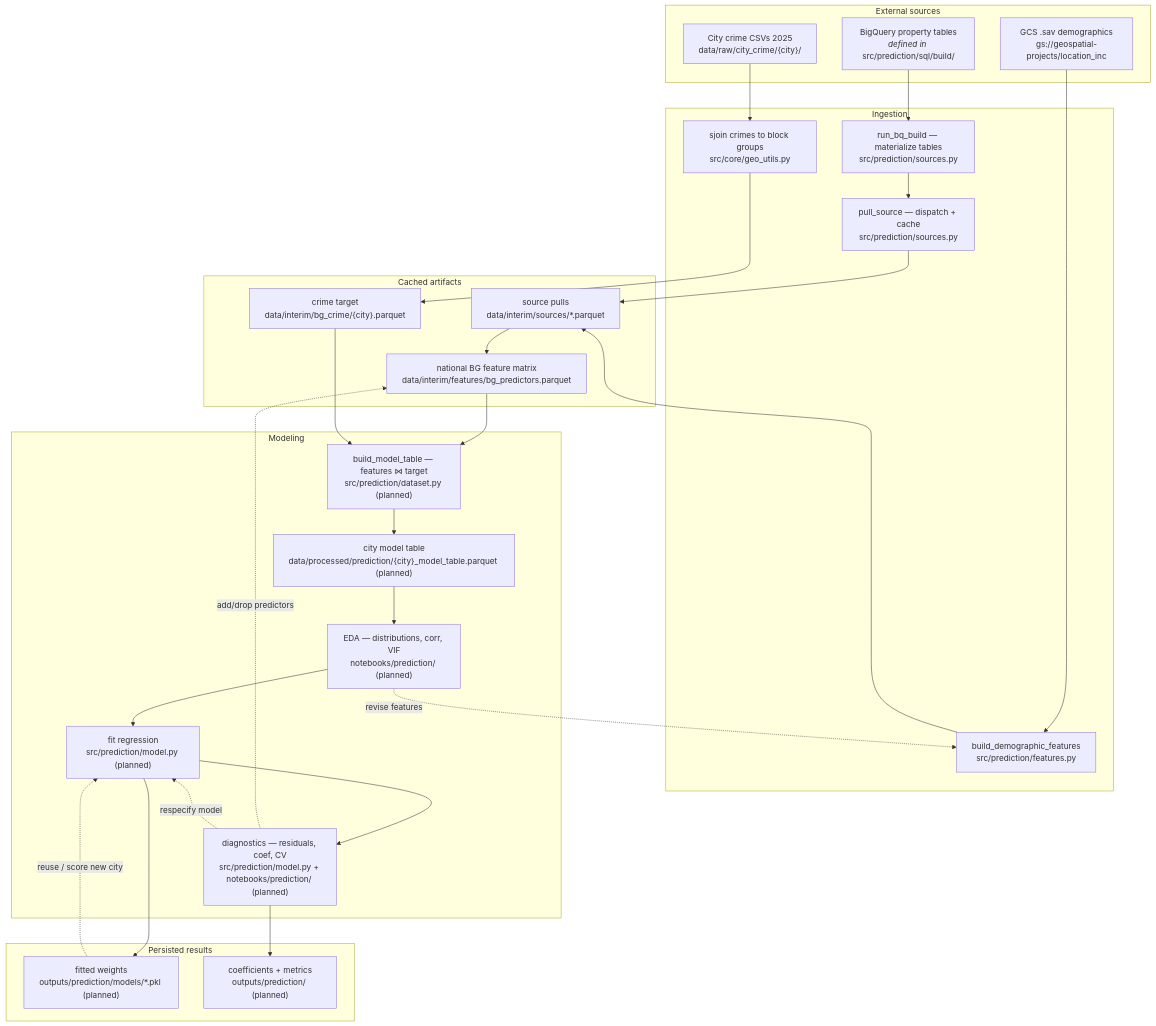
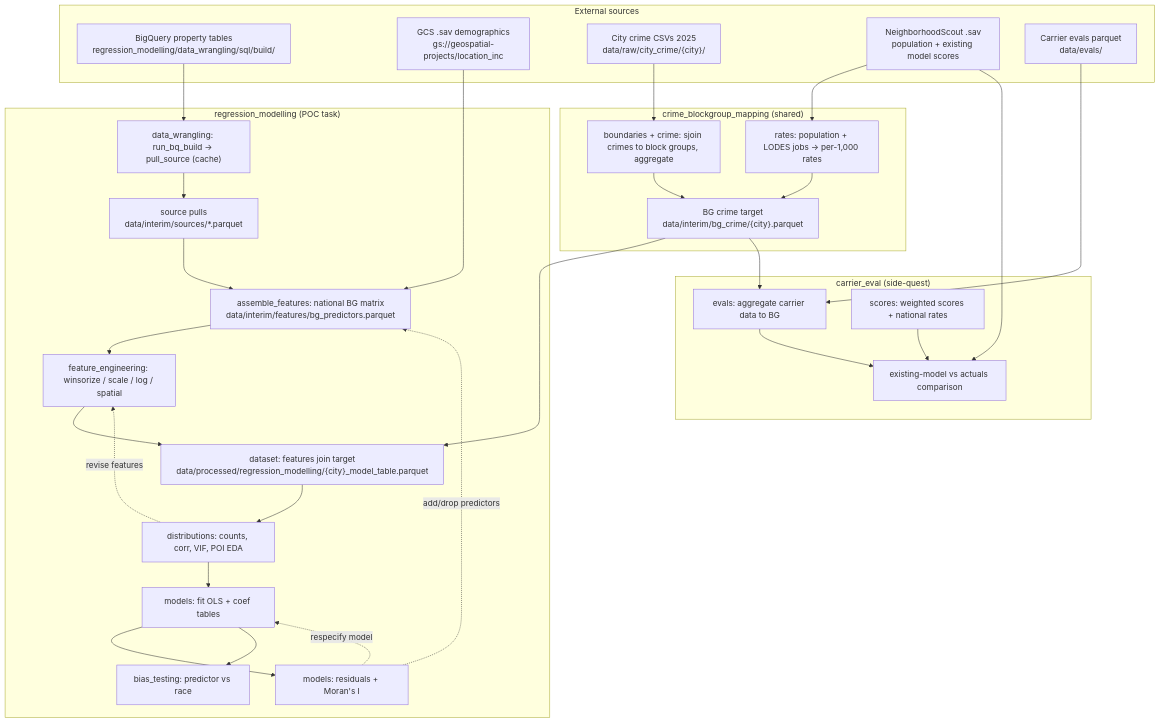
Before and after one commit to eprashar-clgx/crime-idx-2026: the diagram in docs/architecture.md, drawn with Mermaid. The commit also changed other lines of this file and 57 other files, not shown here.

````diff
--- a/docs/architecture.md
+++ b/docs/architecture.md
@@ -27,49 +59,51 @@
 ```mermaid
 flowchart TD
     subgraph SRC["External sources"]
-        BQ["BigQuery property tables<br/><i>defined in</i> src/prediction/sql/build/"]
+        BQ["BigQuery property tables<br/>regression_modelling/data_wrangling/sql/build/"]
         GCS["GCS .sav demographics<br/>gs://geospatial-projects/location_inc"]
         CITY["City crime CSVs 2025<br/>data/raw/city_crime/{city}/"]
+        NS["NeighborhoodScout .sav<br/>population + existing model scores"]
+        EV["Carrier evals parquet<br/>data/evals/"]
     end
 
-    subgraph INGEST["Ingestion"]
-        BUILD["run_bq_build — materialize tables<br/>src/prediction/sources.py"]
-        PULL["pull_source — dispatch + cache<br/>src/prediction/sources.py"]
-        DEMO["build_demographic_features<br/>src/prediction/features.py"]
-        GEO["sjoin crimes to block groups<br/>src/core/geo_utils.py"]
+    subgraph CBM["crime_blockgroup_mapping (shared)"]
+        GEO["boundaries + crime: sjoin crimes to block groups, aggregate"]
+        RATE["rates: population + LODES jobs -> per-1,000 rates"]
+        TGT["BG crime target<br/>data/interim/bg_crime/{city}.parquet"]
     end
 
-    subgraph REG["Cached artifacts"]
+    subgraph RM["regression_modelling (POC task)"]
+        BUILD["data_wrangling: run_bq_build -> pull_source (cache)"]
         SRCP["source pulls<br/>data/interim/sources/*.parquet"]
-        FEAT["national BG feature matrix<br/>data/interim/features/bg_predictors.parquet"]
-        TGT["crime target<br/>data/interim/bg_crime/{city}.parquet"]
+        FEAT["assemble_features: national BG matrix<br/>data/interim/features/bg_predictors.parquet"]
+        FE["feature_engineering: winsorize / scale / log / spatial"]
+        DS["dataset: features join target<br/>data/processed/regression_modelling/{city}_model_table.parquet"]
+        EDA["distributions: counts, corr, VIF, POI EDA"]
+        FIT["models: fit OLS + coef tables"]
+        DIAG["models: residuals + Moran's I"]
+        BIAS["bias_testing: predictor vs race"]
     end
 
-    subgraph MODEL["Modeling"]
-        DS["build_model_table — features ⋈ target<br/>src/prediction/dataset.py (planned)"]
-        MT["city model table<br/>data/processed/prediction/{city}_model_table.parquet (planned)"]
-        EDA1["EDA — distributions, corr, VIF<br/>notebooks/prediction/ (planned)"]
-        FIT["fit regression<br/>src/prediction/model.py (planned)"]
-        DIAG["diagnostics — residuals, coef, CV<br/>src/prediction/model.py + notebooks/prediction/ (planned)"]
+    subgraph CE["carrier_eval (side-quest)"]
+        EVAGG["evals: aggregate carrier data to BG"]
+        SCORE["scores: weighted scores + national rates"]
+        CMP["existing-model vs actuals comparison"]
     end
 
-    subgraph OUT["Persisted results"]
-        WTS["fitted weights<br/>outputs/prediction/models/*.pkl (planned)"]
-        COEF["coefficients + metrics<br/>outputs/prediction/ (planned)"]
-    end
+    CITY --> GEO --> TGT
+    NS --> RATE --> TGT
+    BQ --> BUILD --> SRCP --> FEAT
+    GCS --> FEAT
+    FEAT --> FE --> DS
+    TGT --> DS
+    DS --> EDA --> FIT --> DIAG
+    FIT --> BIAS
+    TGT --> EVAGG
+    EV --> EVAGG --> CMP
+    NS --> CMP
+    SCORE --> CMP
 
-    BQ --> BUILD --> PULL --> SRCP
-    GCS --> DEMO --> SRCP
-    CITY --> GEO --> TGT
-    SRCP --> FEAT
-    FEAT --> DS
-    TGT --> DS
-    DS --> MT --> EDA1 --> FIT --> DIAG
-    FIT --> WTS
-    DIAG --> COEF
-
-    EDA1 -. "revise features" .-> DEMO
+    EDA -. "revise features" .-> FE
     DIAG -. "add/drop predictors" .-> FEAT
     DIAG -. "respecify model" .-> FIT
-    WTS -. "reuse / score new city" .-> FIT
 ```
````
